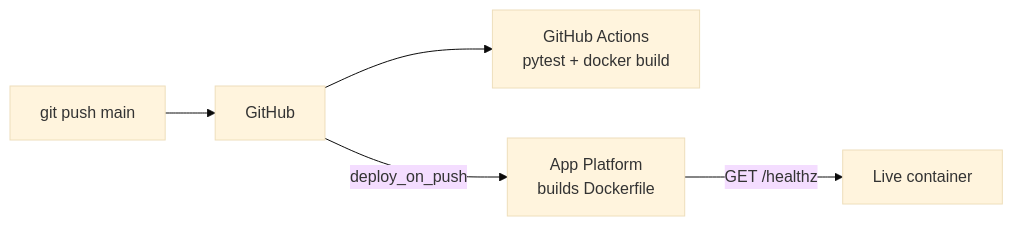
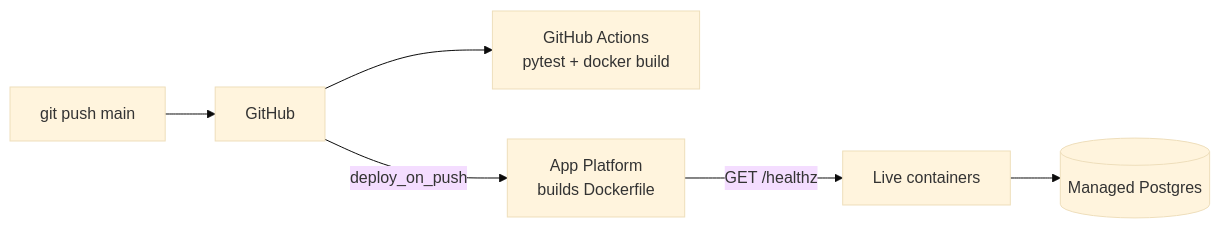
The second of 2 diagrams in README.md (JulianMcOmie/url-shortener), drawn with Mermaid (base theme) before and after one commit. The commit also changed other lines of this file and 10 other files, not shown here.

````diff
--- a/README.md
+++ b/README.md
@@ -125,7 +126,8 @@
 ```mermaid
 flowchart LR
     Dev[git push main] --> GH[GitHub]
     GH --> CI["GitHub Actions<br/>pytest + docker build"]
     GH -- "deploy_on_push" --> AP["App Platform<br/>builds Dockerfile"]
-    AP -- "GET /healthz" --> Live[Live container]
+    AP -- "GET /healthz" --> Live[Live containers]
+    Live --> PG[(Managed Postgres)]
 ```
````
